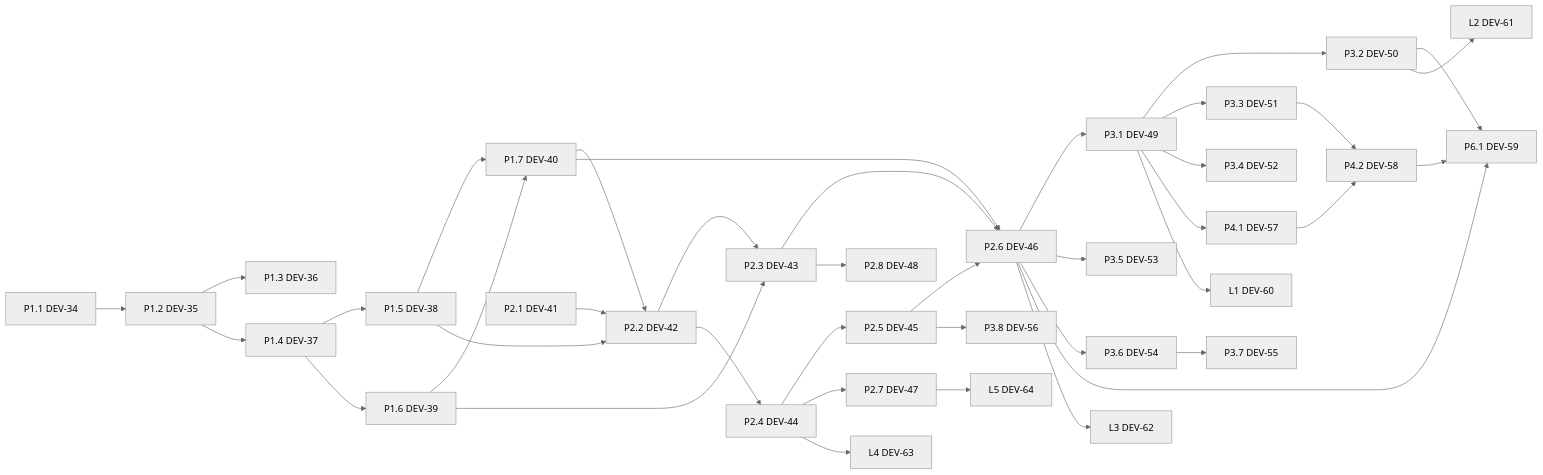
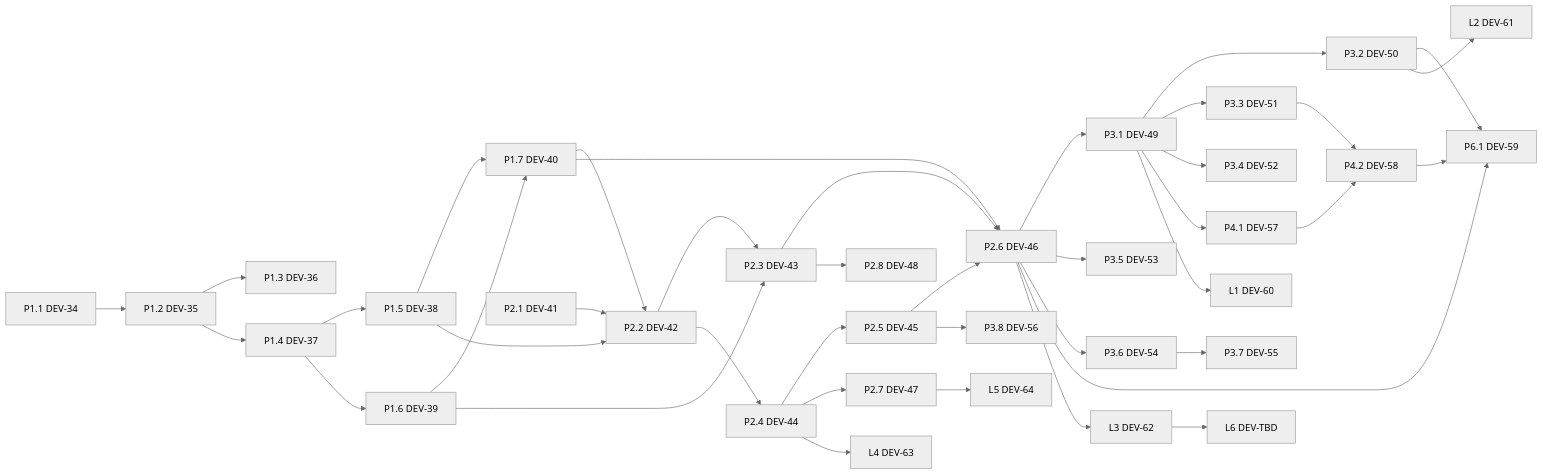
One commit to markfrommn/marksharc changed the diagram in specs/MARKSHARC-PLAN.md. Above: the diagram before and after it, drawn with Mermaid (neutral theme). The commit also changed other lines of this file and 2 other files, not shown here.

First line of the commit message:
docs(specs): record the mise evaluation and decision (DEV-62) (#15)

````diff
--- a/specs/MARKSHARC-PLAN.md
+++ b/specs/MARKSHARC-PLAN.md
@@ -43,72 +43,74 @@
 ```mermaid
 flowchart LR
   P1_1["P1.1 DEV-34"]
   P1_2["P1.2 DEV-35"]
   P1_3["P1.3 DEV-36"]
   P1_4["P1.4 DEV-37"]
   P1_5["P1.5 DEV-38"]
   P1_6["P1.6 DEV-39"]
   P1_7["P1.7 DEV-40"]
   P2_1["P2.1 DEV-41"]
   P2_2["P2.2 DEV-42"]
   P2_3["P2.3 DEV-43"]
   P2_4["P2.4 DEV-44"]
   P2_5["P2.5 DEV-45"]
   P2_6["P2.6 DEV-46"]
   P2_7["P2.7 DEV-47"]
   P2_8["P2.8 DEV-48"]
   P3_1["P3.1 DEV-49"]
   P3_2["P3.2 DEV-50"]
   P3_3["P3.3 DEV-51"]
   P3_4["P3.4 DEV-52"]
   P3_5["P3.5 DEV-53"]
   P3_6["P3.6 DEV-54"]
   P3_7["P3.7 DEV-55"]
   P3_8["P3.8 DEV-56"]
   P4_1["P4.1 DEV-57"]
   P4_2["P4.2 DEV-58"]
   P6_1["P6.1 DEV-59"]
   L1["L1 DEV-60"]
   L2["L2 DEV-61"]
   L3["L3 DEV-62"]
   L4["L4 DEV-63"]
   L5["L5 DEV-64"]
+  L6["L6 DEV-TBD"]
   P1_1 --> P1_2
   P1_2 --> P1_3
   P1_2 --> P1_4
   P1_4 --> P1_5
   P1_4 --> P1_6
   P1_5 --> P1_7
   P1_6 --> P1_7
   P1_5 --> P2_2
   P1_7 --> P2_2
   P2_1 --> P2_2
   P1_6 --> P2_3
   P2_2 --> P2_3
   P2_2 --> P2_4
   P2_4 --> P2_5
   P1_7 --> P2_6
   P2_3 --> P2_6
   P2_5 --> P2_6
   P2_4 --> P2_7
   P2_3 --> P2_8
   P2_6 --> P3_1
   P3_1 --> P3_2
   P3_1 --> P3_3
   P3_1 --> P3_4
   P2_6 --> P3_5
   P2_6 --> P3_6
   P3_6 --> P3_7
   P2_5 --> P3_8
   P3_1 --> P4_1
   P4_1 --> P4_2
   P3_3 --> P4_2
   P2_6 --> P6_1
   P3_2 --> P6_1
   P4_2 --> P6_1
   P3_1 --> L1
   P3_2 --> L2
   P2_6 --> L3
   P2_4 --> L4
   P2_7 --> L5
+  L3 --> L6
 ```
````
